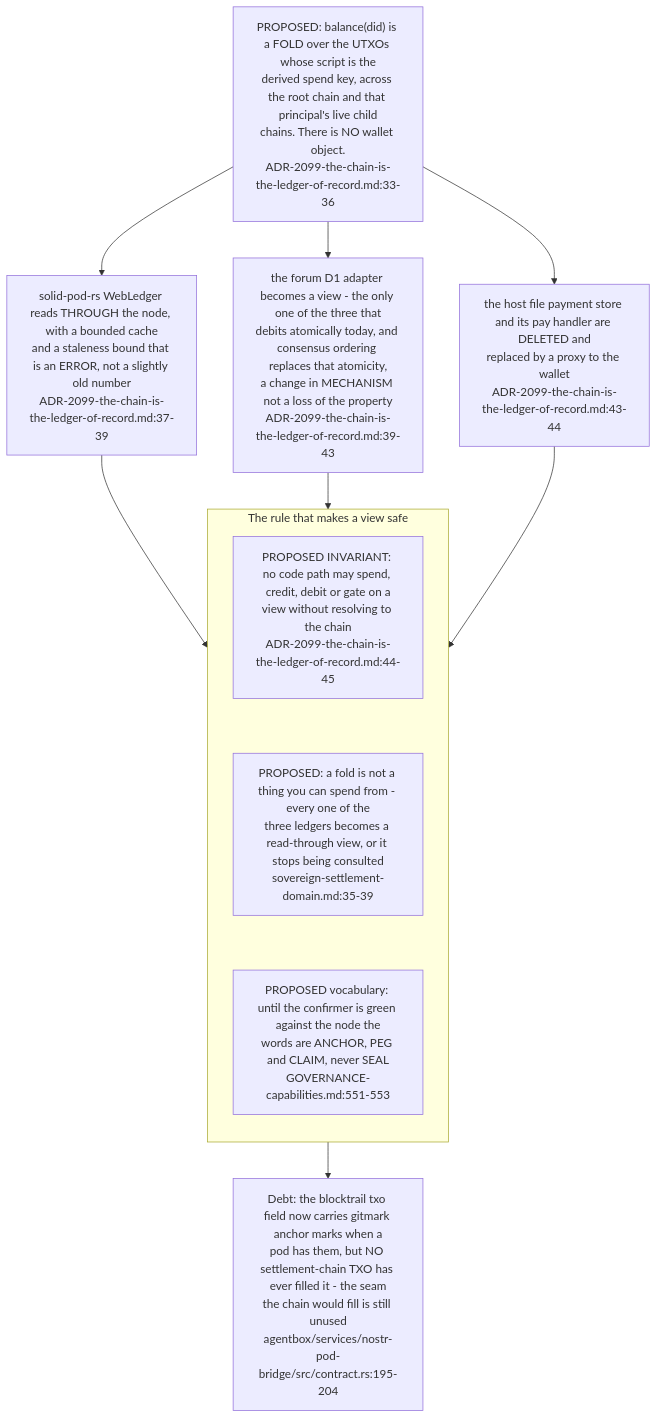
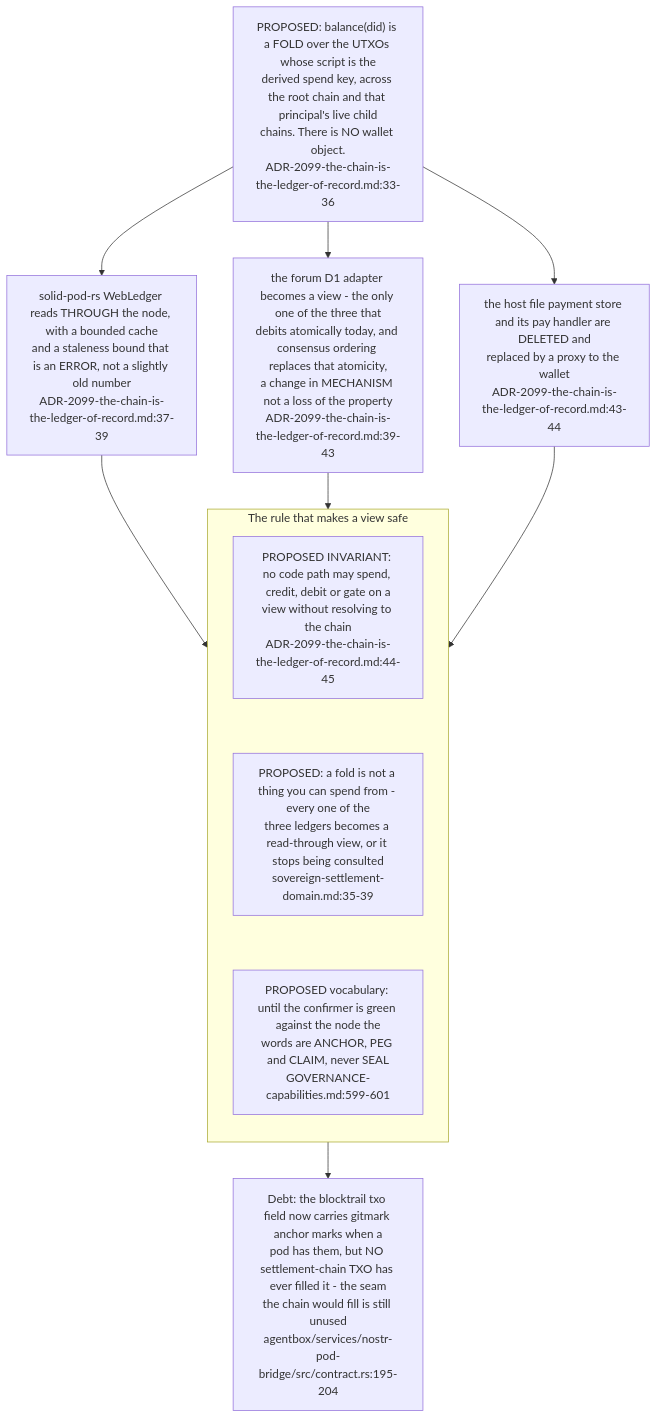
Before and after one commit to DreamLab-AI/VisionFlow: the fourth of 7 diagrams in docs/diagrams/agentbox/31-sovereign-settlement.md, drawn with Mermaid. The commit also changed other lines of this file and 80 other files, not shown here.

First line of the commit message:
docs(diagrams): re-verify the agentbox, dreamlab, estate and visionflow corpus against current sources

````diff
--- a/docs/diagrams/agentbox/31-sovereign-settlement.md
+++ b/docs/diagrams/agentbox/31-sovereign-settlement.md
@@ -167,18 +167,18 @@
 ```mermaid
 flowchart TB
     FOLD["PROPOSED: balance(did) is a FOLD over the UTXOs whose script is the<br/>derived spend key, across the root chain and that principal's live child<br/>chains. There is NO wallet object.<br/>ADR-2099-the-chain-is-the-ledger-of-record.md:33-36"]
     FOLD --> V1["solid-pod-rs WebLedger reads THROUGH the node, with a bounded cache<br/>and a staleness bound that is an ERROR, not a slightly old number<br/>ADR-2099-the-chain-is-the-ledger-of-record.md:37-39"]
     FOLD --> V2["the forum D1 adapter becomes a view - the only one of the three that<br/>debits atomically today, and consensus ordering replaces that atomicity,<br/>a change in MECHANISM not a loss of the property<br/>ADR-2099-the-chain-is-the-ledger-of-record.md:39-43"]
     FOLD --> V3["the host file payment store and its pay handler are DELETED and<br/>replaced by a proxy to the wallet<br/>ADR-2099-the-chain-is-the-ledger-of-record.md:43-44"]
     subgraph rule["The rule that makes a view safe"]
         direction TB
         R1["PROPOSED INVARIANT: no code path may spend, credit, debit or gate on a<br/>view without resolving to the chain<br/>ADR-2099-the-chain-is-the-ledger-of-record.md:44-45"]
         R2["PROPOSED: a fold is not a thing you can spend from - every one of the<br/>three ledgers becomes a read-through view, or it stops being consulted<br/>sovereign-settlement-domain.md:35-39"]
-        R3["PROPOSED vocabulary: until the confirmer is green against the node the<br/>words are ANCHOR, PEG and CLAIM, never SEAL<br/>GOVERNANCE-capabilities.md:551-553"]
+        R3["PROPOSED vocabulary: until the confirmer is green against the node the<br/>words are ANCHOR, PEG and CLAIM, never SEAL<br/>GOVERNANCE-capabilities.md:599-601"]
         R1 ~~~ R2 ~~~ R3
     end
     V1 --> rule
     V2 --> rule
     V3 --> rule
     rule --> DEBT["Debt: the blocktrail txo field now carries gitmark anchor marks when a<br/>pod has them, but NO settlement-chain TXO has ever filled it - the seam<br/>the chain would fill is still unused<br/>agentbox/services/nostr-pod-bridge/src/contract.rs:195-204"]
 ```
````
